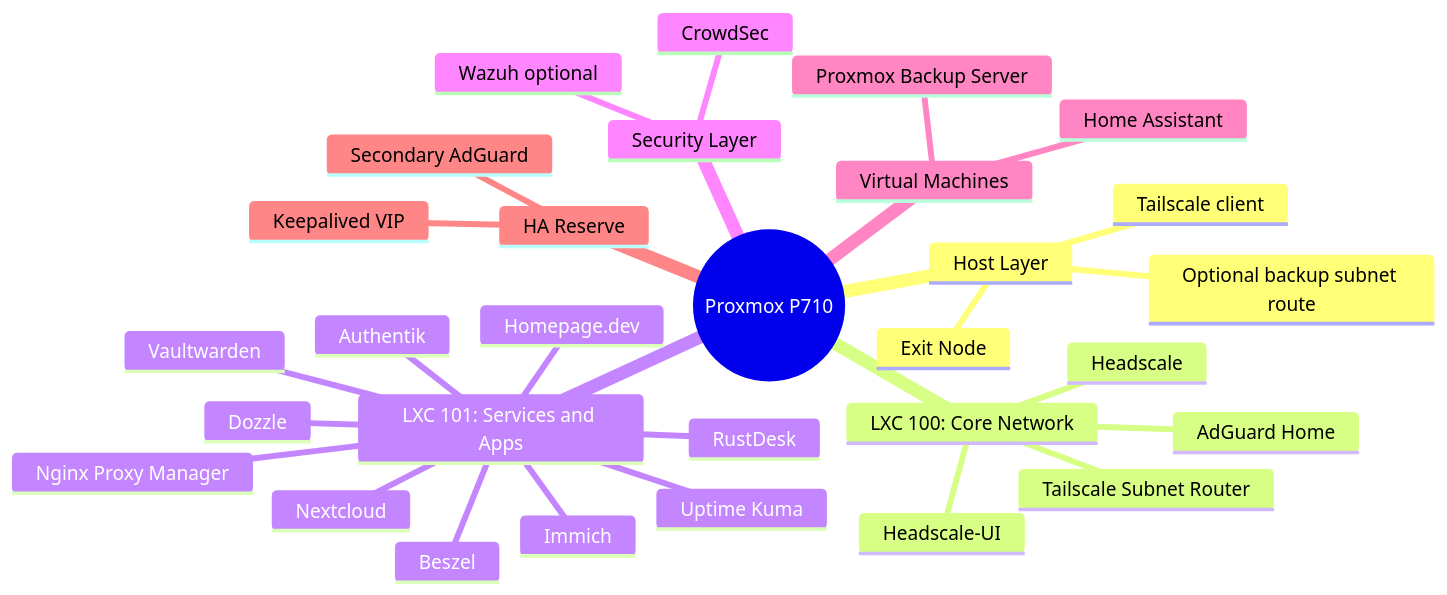
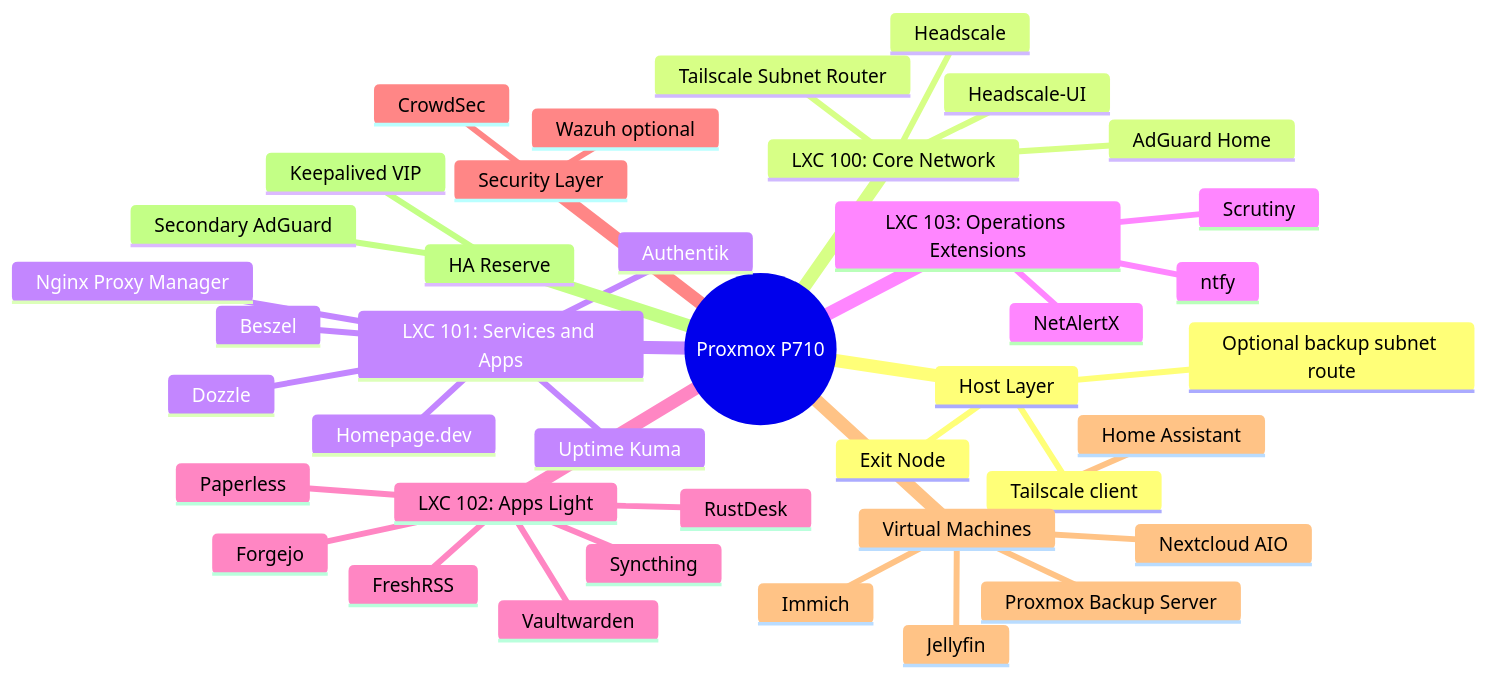
Before and after one commit to Mohamed-DN/Sovereign-Homelab: the second of 2 diagrams in docs/00_overview/infrastructure_plan_and_map.md, drawn with Mermaid. The commit also changed other lines of this file and 18 other files, not shown here.

````diff
--- a/docs/00_overview/infrastructure_plan_and_map.md
+++ b/docs/00_overview/infrastructure_plan_and_map.md
@@ -49,33 +41,43 @@
 ```mermaid
 mindmap
   root((Proxmox P710))
     Host Layer
       Tailscale client
       Exit Node
       Optional backup subnet route
     LXC 100: Core Network
       AdGuard Home
       Headscale
       Headscale-UI
       Tailscale Subnet Router
     LXC 101: Services and Apps
       Nginx Proxy Manager
       Authentik
       Homepage.dev
       Uptime Kuma
       Beszel
       Dozzle
+    LXC 103: Operations Extensions
+      NetAlertX
+      Scrutiny
+      ntfy
+    LXC 102: Apps Light
       Vaultwarden
-      Immich
-      Nextcloud
+      Syncthing
+      Paperless
+      FreshRSS
+      Forgejo
       RustDesk
     Security Layer
       CrowdSec
       Wazuh optional
     Virtual Machines
       Proxmox Backup Server
+      Immich
+      Nextcloud AIO
       Home Assistant
+      Jellyfin
     HA Reserve
       Secondary AdGuard
       Keepalived VIP
 ```
````
